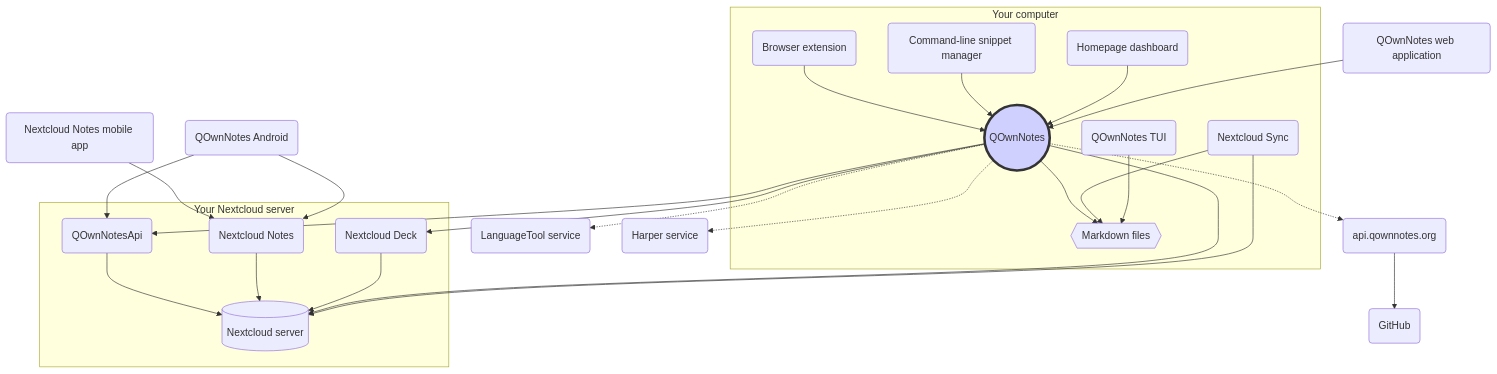
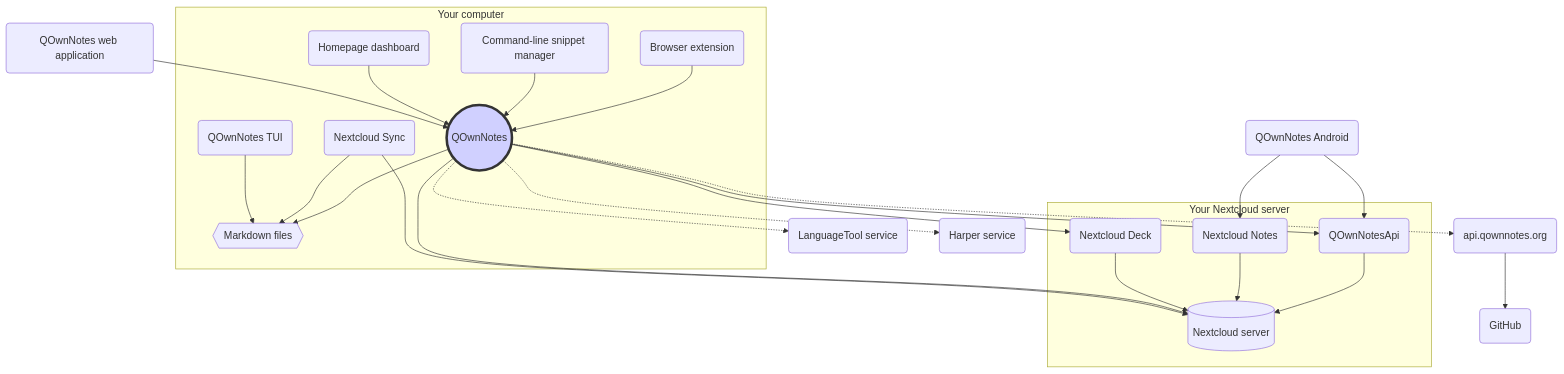
One commit to pbek/QOwnNotes changed the diagram in webpage/src/getting-started/concept.md. Above: the diagram before and after it, drawn with Mermaid. The commit also changed other lines of this file, not shown here.

Commit message:
doc: restructure concept page for QOwnNotes Android

````diff
--- a/webpage/src/getting-started/concept.md
+++ b/webpage/src/getting-started/concept.md
@@ -13,48 +13,46 @@
 ```mermaid
 graph TB
     subgraph Your computer
         qon((QOwnNotes))-->md{{"Markdown files"}}
         sync("Nextcloud Sync")-->md
         qon-comp("Browser extension")-->qon
         qc("Command-line snippet manager")-->qon
         tui("QOwnNotes TUI")-->md
         homepage("Homepage dashboard")-->qon
     end
     subgraph Your Nextcloud server
         qon-api("QOwnNotesApi")-->ncs[("Nextcloud server")]
         nc-notes-app("Nextcloud Notes")-->ncs
         nc-deck-app("Nextcloud Deck")-->ncs
     end
 
-    nc-notes-mob("Nextcloud Notes mobile app")-->nc-notes-app
     qon-mob("QOwnNotes Android")-->nc-notes-app
     qon-mob-->qon-api
     qon-web-app("QOwnNotes web application")-->qon
     qon-->qon-api
     qon-->ncs
     qon-->nc-deck-app
     sync-->ncs
     qon-.->lt("LanguageTool service")
     qon-.->harper("Harper service")
     qon-.->qon-web-api("api.qownnotes.org")
     qon-web-api-->github("GitHub")
 
     style qon fill:#d0d0ff,stroke:#333,stroke-width:4px
     click qon "/getting-started/concept.html#qownnotes" "QOwnNotes Desktop Application for managing your notes on your desktop computer"
     click md "/getting-started/concept.html#markdown-note-files" "Markdown, media and attachment files in your note folder"
     click qon-comp "/getting-started/concept.html#qownnotes-browser-extension" "QOwnNotes browser extension for managing bookmarks in markdown files and as web clipper"
     click qc "/getting-started/concept.html#qownnotes-command-line-snippet-manager" "QOwnNotes command-line snippet manager"
     click tui "/getting-started/concept.html#qownnotes-tui" "QOwnNotes TUI, a keyboard-first terminal browser and editor for your Markdown note folders"
     click homepage "/getting-started/concept.html#homepage-dashboard" "Homepage dashboard using QOwnNotes bookmark suggestions"
     click sync "/getting-started/concept.html#nextcloud-desktop-sync-client" "Nextcloud desktop sync client to sync your notes to your server"
     click ncs "/getting-started/concept.html#nextcloud-server" "Nextcloud server to host your notes and other files"
     click qon-api "/getting-started/concept.html#qownnotesapi-nextcloud-app" "QOwnNotesAPI Nextcloud app to access your server-side trash and note versions"
     click nc-notes-app "/getting-started/concept.html#nextcloud-notes-server-app" "Nextcloud Notes server app to manage your notes in the web"
-    click nc-notes-mob "/getting-started/concept.html#nextcloud-notes-mobile-app" "Nextcloud Notes mobile app to manage your notes on your mobile phone"
     click qon-mob "/getting-started/concept.html#qownnotes-android" "QOwnNotes Android, an offline-capable Markdown notes app for Android"
     click nc-deck-app "/getting-started/concept.html#nextcloud-deck-server-app" "Nextcloud Deck server app to manage reminders and todo lists in the web"
     click qon-web-app "/getting-started/concept.html#qownnotes-web-app" "QOwnNotes Web App to send photos from your mobile phone"
     click lt "/editor/languagetool.html" "Optional LanguageTool server for grammar and style checking"
     click harper "/editor/harper.html" "Optional Harper service for offline grammar and style checking"
     click qon-web-api "/getting-started/concept.html#api-qownnotes-org"
 ```
````
